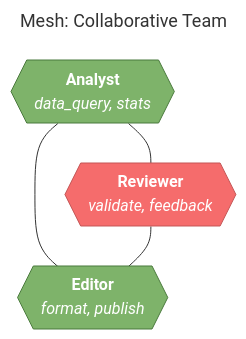
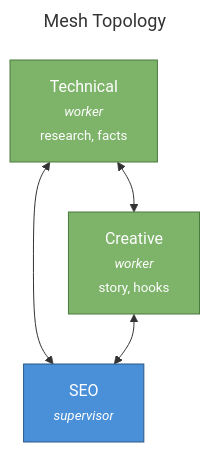
The diagram in examples/diagrams/3_mesh.mmd (milad-o/agenticflow), drawn with Mermaid before and after one commit. The commit also changed 9 other files, not shown here.

First line of the commit message:
Standardize Mermaid visualization with consistent node format

```diff
--- a/examples/diagrams/3_mesh.mmd
+++ b/examples/diagrams/3_mesh.mmd
@@ -1,30 +1,18 @@
 ---
-title: "Mesh: Collaborative Team"
+title: Mesh Topology
 config:
   theme: default
-  flowchart:
-    curve: basis
-    nodeSpacing: 40
-    rankSpacing: 40
 ---
 flowchart TB
-    Analyst{{"`**Analyst**
-_data_query, stats_`"}}:::work
-    Reviewer{{"`**Reviewer**
-_validate, feedback_`"}}:::crit
-    Editor{{"`**Editor**
-_format, publish_`"}}:::work
+    SEO["SEO<br/><small><i>supervisor</i></small>"]:::super
+    Technical["Technical<br/><small><i>worker</i></small><br/><small>research, facts</small>"]:::work
+    Creative["Creative<br/><small><i>worker</i></small><br/><small>story, hooks</small>"]:::work
 
-    Analyst --- Reviewer
-    Analyst --- Editor
-    Reviewer --- Editor
+    Technical <--> Creative
+    Technical <--> SEO
+    Creative <--> SEO
 
-    classDef orch fill:#4a90d9,stroke:#2d5986,color:#fff
+    classDef super fill:#4a90d9,stroke:#2d5986,color:#fff
     classDef work fill:#7eb36a,stroke:#4a7a3d,color:#fff
-    classDef plan fill:#e6a23c,stroke:#b87c1e,color:#fff
-    classDef crit fill:#f56c6c,stroke:#c45656,color:#fff
-    classDef spec fill:#9b59b6,stroke:#7b3a96,color:#fff
-    classDef res fill:#3498db,stroke:#2475ad,color:#fff
-    classDef val fill:#1abc9c,stroke:#16a085,color:#fff
-    classDef asst fill:#95a5a6,stroke:#7f8c8d,color:#fff
-    classDef tool fill:#f5f5f5,stroke:#999,color:#333
+    classDef auto fill:#9b59b6,stroke:#7b3a96,color:#fff
+    classDef review fill:#f56c6c,stroke:#c45656,color:#fff
```
